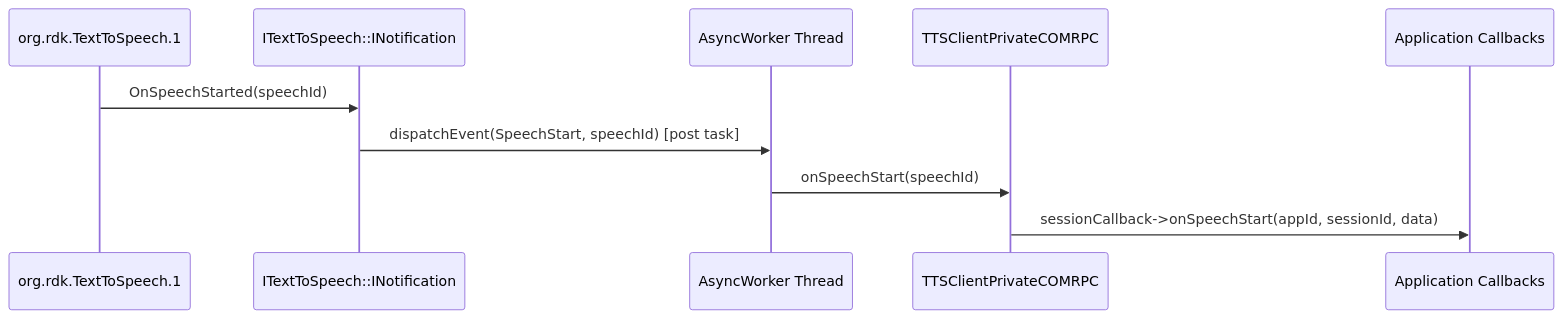
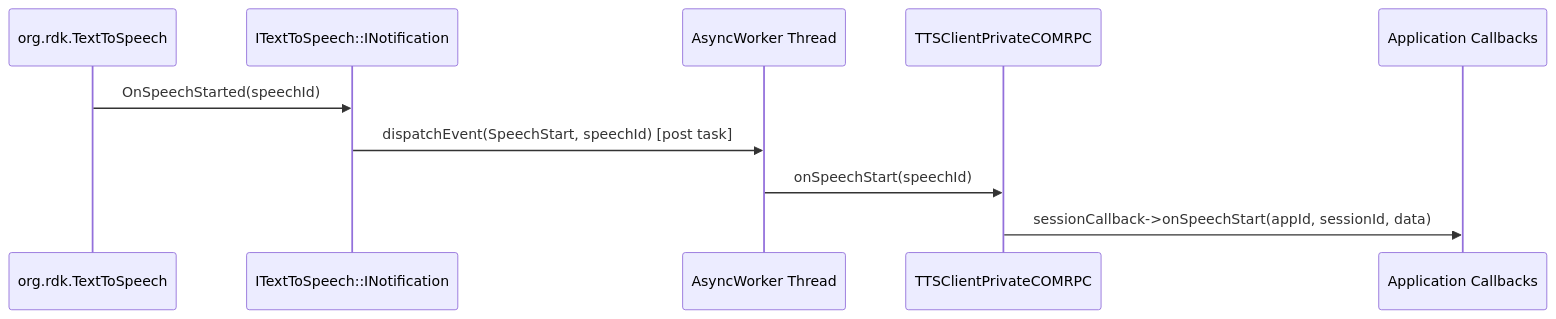
One commit to rns21/RDK_Documentation changed the seventh of 7 diagrams in docs/docu/RDKV-Documentations/tts_engine.md. Above: the diagram before and after it, drawn with Mermaid. The commit also changed other lines of this file, not shown here.

````diff
--- a/docs/docu/RDKV-Documentations/tts_engine.md
+++ b/docs/docu/RDKV-Documentations/tts_engine.md
@@ -308,13 +308,13 @@
 ```mermaid
 sequenceDiagram
-    participant Thunder as org.rdk.TextToSpeech.1
+    participant Thunder as org.rdk.TextToSpeech
     participant Notif as ITextToSpeech::INotification
     participant Worker as AsyncWorker Thread
     participant BE as TTSClientPrivateCOMRPC
     participant App as Application Callbacks
 
     Thunder->>Notif: OnSpeechStarted(speechId)
     Notif->>Worker: dispatchEvent(SpeechStart, speechId) [post task]
     Worker->>BE: onSpeechStart(speechId)
     BE->>App: sessionCallback->onSpeechStart(appId, sessionId, data)
 ```
````
